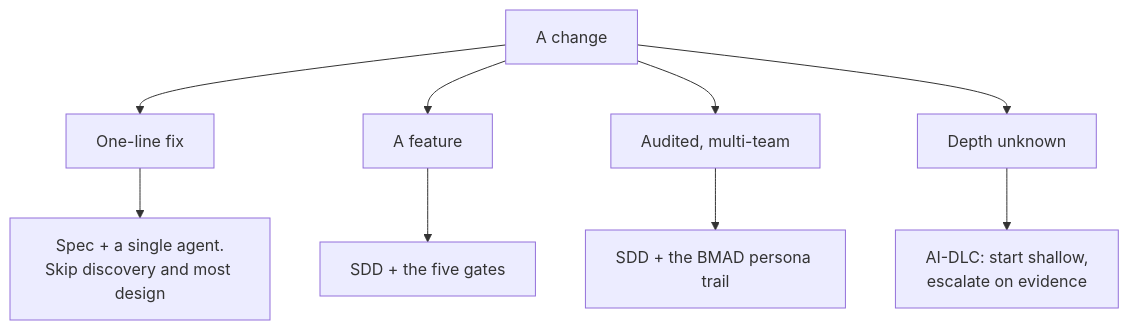
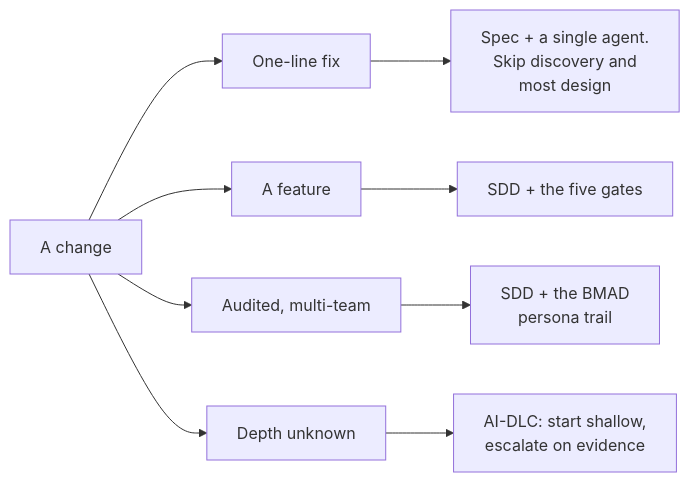
The tenth of 11 diagrams in wiki/Decision-Trees.md (akash-coded/aws-bedrock-agentcore-strands), drawn with Mermaid before and after one commit. The commit also changed 30 other files, not shown here.

````diff
--- a/wiki/Decision-Trees.md
+++ b/wiki/Decision-Trees.md
@@ -609,11 +609,11 @@
 ```mermaid
-flowchart TD
+flowchart LR
   A["A change"] --> B["One-line fix"]
   A --> C["A feature"]
   A --> D["Audited, multi-team"]
   A --> E["Depth unknown"]
-  B --> B1["Spec + a single agent.<br/>Skip discovery and most design"]
+  B --> B1["Spec + a single agent.<br/>Skip discovery and<br/>most design"]
   C --> C1["SDD + the five gates"]
-  D --> D1["SDD + the BMAD persona trail"]
+  D --> D1["SDD + the BMAD<br/>persona trail"]
   E --> E1["AI-DLC: start shallow,<br/>escalate on evidence"]
 ```
````
